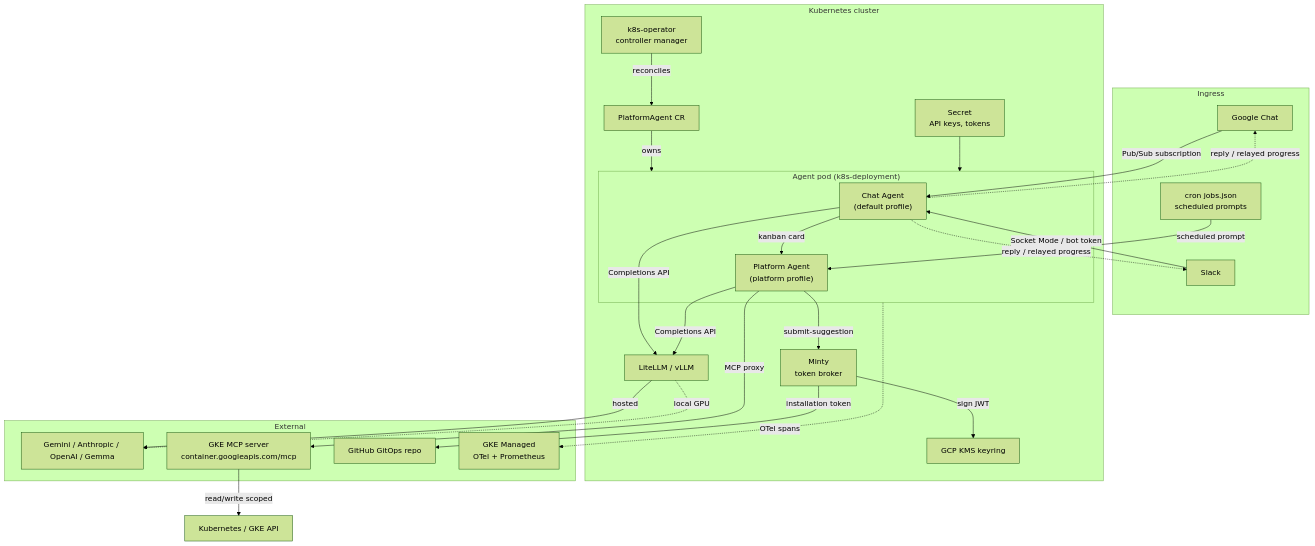
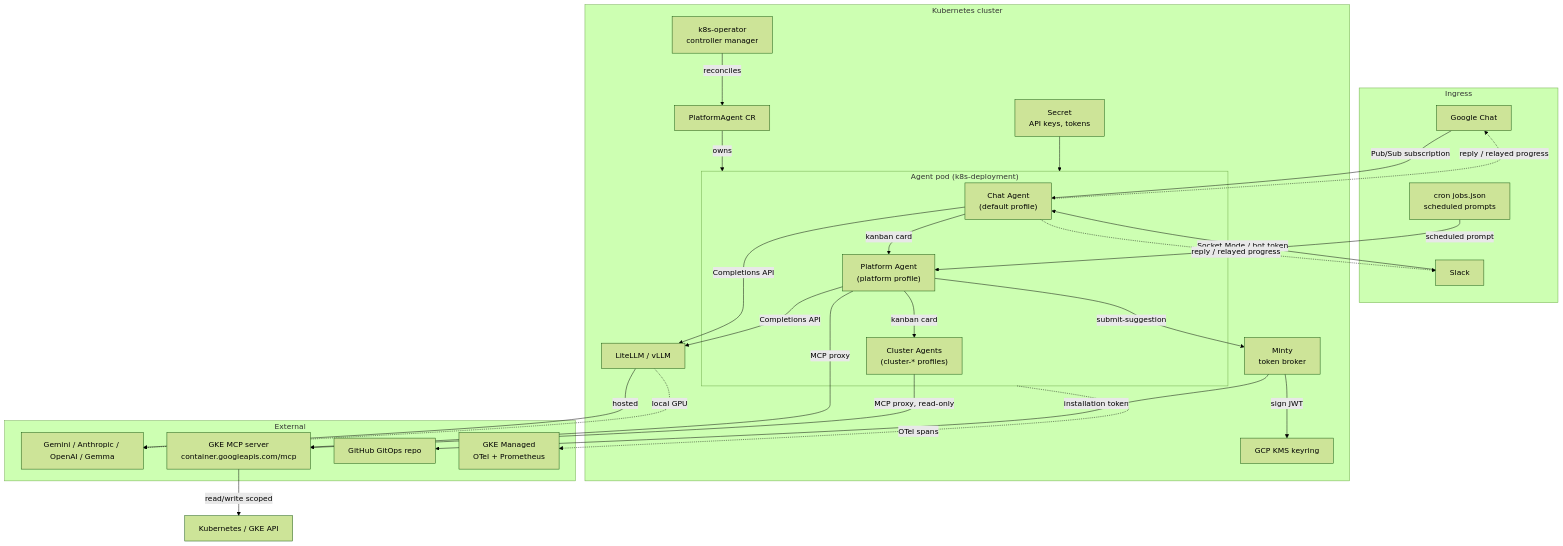
Before and after one commit to gke-agentic/kube-agents: the diagram in docs/site/src/content/docs/overview/architecture.mdx, drawn with Mermaid (forest theme). The commit also changed other lines of this file and 20 other files, not shown here.

First line of the commit message:
docs(site): cover Cluster Agents, first-run onboarding, and the chat-profile cron jobs

````diff
--- a/docs/site/src/content/docs/overview/architecture.mdx
+++ b/docs/site/src/content/docs/overview/architecture.mdx
@@ -12,54 +12,57 @@
 ```mermaid
 flowchart TB
     subgraph Ingress
         GC[Google Chat]
         SL[Slack]
         CR[cron jobs.json<br/>scheduled prompts]
     end
 
     subgraph Cluster["Kubernetes cluster"]
         OP[k8s-operator<br/>controller manager]
         CRD[PlatformAgent CR]
         subgraph Pod["Agent pod (k8s-deployment)"]
             CA["Chat Agent<br/>(default profile)"]
             PA["Platform Agent<br/>(platform profile)"]
+            CL["Cluster Agents<br/>(cluster-* profiles)"]
         end
         SEC[Secret<br/>API keys, tokens]
         LM[LiteLLM / vLLM]
         MT[Minty<br/>token broker]
         KMS[GCP KMS keyring]
     end
 
     subgraph External
         LLM[Gemini / Anthropic / OpenAI / Gemma]
         MCPGKE[GKE MCP server<br/>container.googleapis.com/mcp]
         GH[GitHub GitOps repo]
         OTEL[GKE Managed<br/>OTel + Prometheus]
     end
 
     GC -->|Pub/Sub subscription| CA
     SL -->|Socket Mode / bot token| CA
     CR -->|scheduled prompt| PA
 
     CA -->|kanban card| PA
+    PA -->|kanban card| CL
 
     OP -->|reconciles| CRD
     CRD -->|owns| Pod
     SEC --> Pod
 
     CA -->|Completions API| LM
     PA -->|Completions API| LM
     LM -->|hosted| LLM
     LM -.->|local GPU| LLM
 
     PA -->|MCP proxy| MCPGKE
+    CL -->|MCP proxy, read-only| MCPGKE
     MCPGKE -->|read/write scoped| K8S[Kubernetes / GKE API]
 
     PA -->|submit-suggestion| MT
     MT -->|sign JWT| KMS
     MT -->|installation token| GH
 
     Pod -.->|OTel spans| OTEL
     CA -.->|reply / relayed progress| GC
     CA -.->|reply / relayed progress| SL
 ```
````
